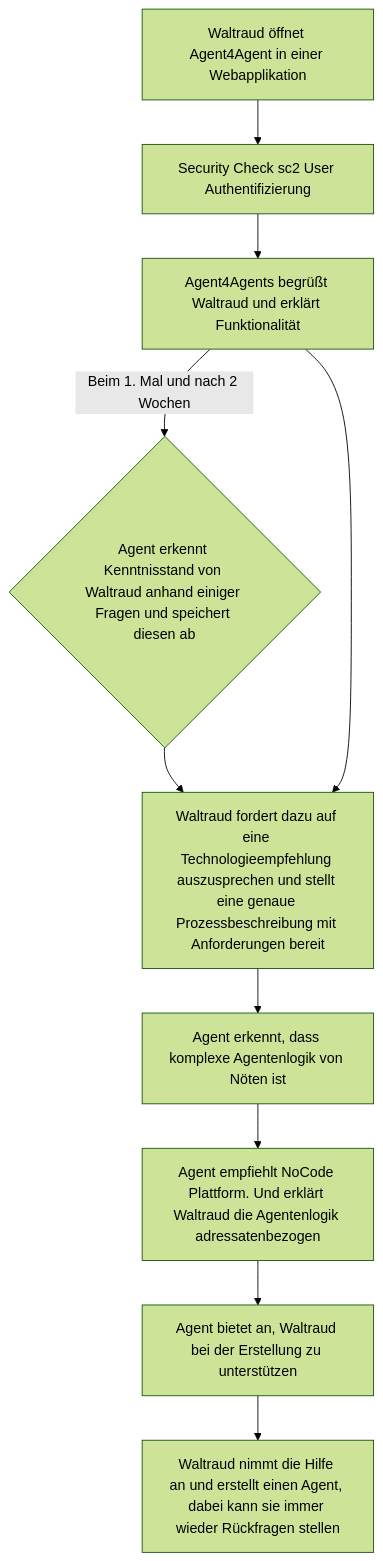
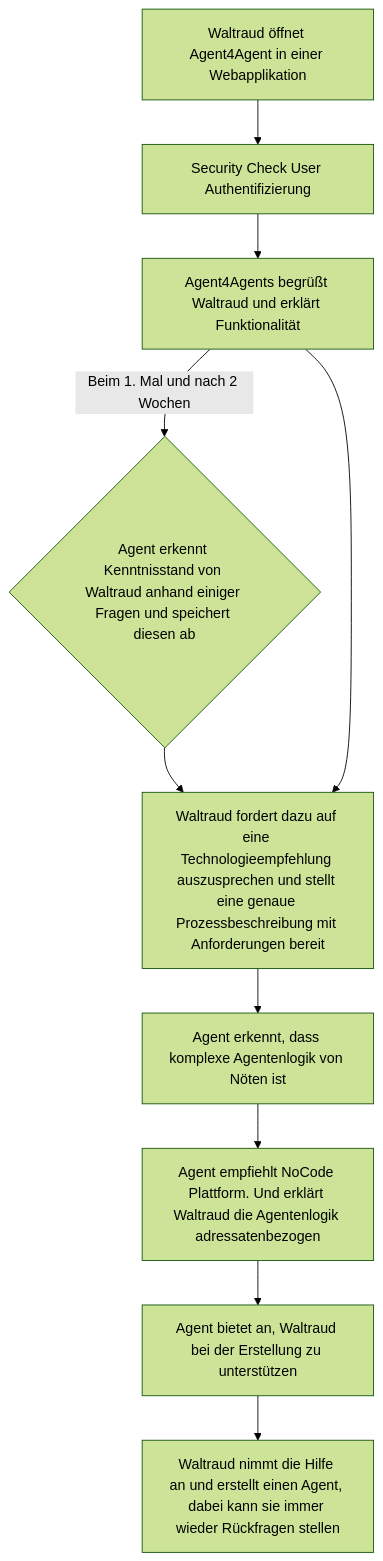
Before and after one commit to agentic-ai-ws2526-group-c/agent4agents-documentation: the third of 4 diagrams in Ideation/User Personas and UseCases.md, drawn with Mermaid (forest theme). The commit also changed other lines of this file, not shown here.

First line of the commit message:
Update security check terminology in workflows

````diff
--- a/Ideation/User Personas and UseCases.md
+++ b/Ideation/User Personas and UseCases.md
@@ -82,12 +82,12 @@
 ```mermaid
 graph TD
-    A[Waltraud öffnet Agent4Agent in einer Webapplikation] --> SC[Security Check sc2 User Authentifizierung];
+    A[Waltraud öffnet Agent4Agent in einer Webapplikation] --> SC[Security Check User Authentifizierung];
     SC --> B[Agent4Agents begrüßt Waltraud und erklärt Funktionalität];
     B -- "Beim 1. Mal und nach 2 Wochen" --> C{Agent erkennt Kenntnisstand von Waltraud anhand einiger Fragen und speichert diesen ab};
     C --> D[Waltraud fordert dazu auf eine Technologieempfehlung auszusprechen und stellt eine genaue Prozessbeschreibung mit Anforderungen bereit];
     B --> D;
     D --> E[Agent erkennt, dass komplexe Agentenlogik von Nöten ist];
     E --> F[Agent empfiehlt NoCode Plattform. Und erklärt Waltraud die Agentenlogik adressatenbezogen];
     F --> G[Agent bietet an, Waltraud bei der Erstellung zu unterstützen];
     G --> H[Waltraud nimmt die Hilfe an und erstellt einen Agent, dabei kann sie immer wieder Rückfragen stellen];
 ```
````
